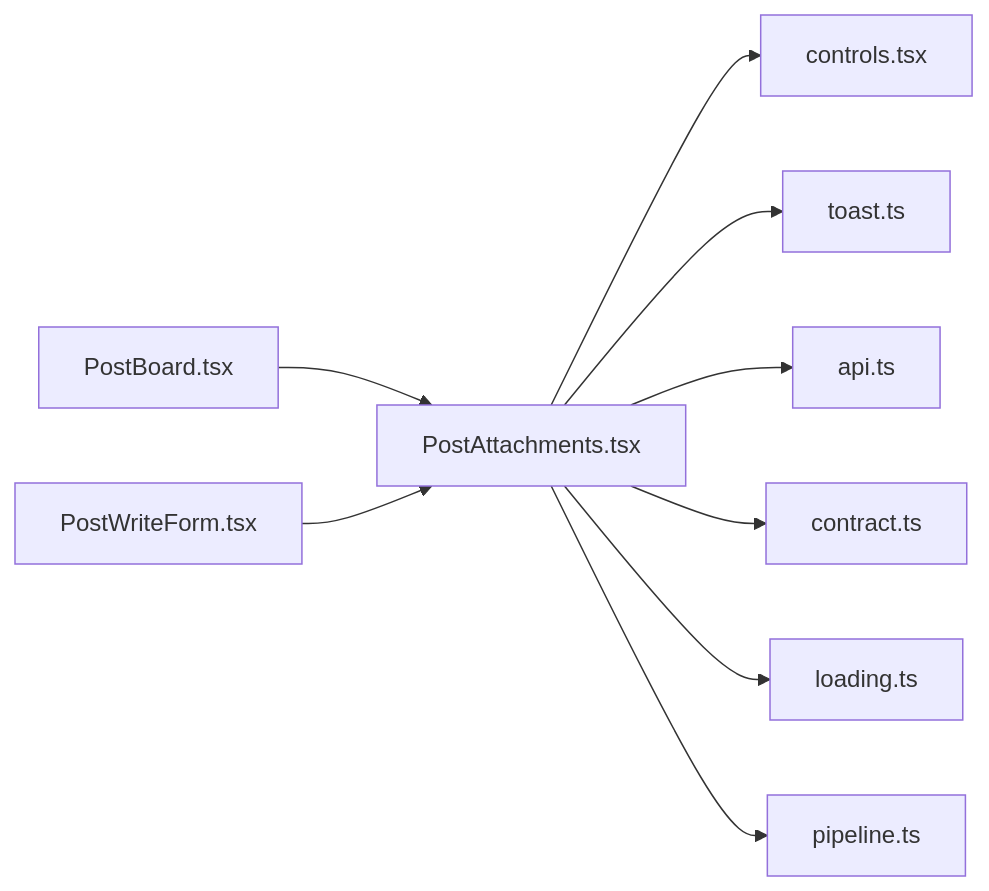
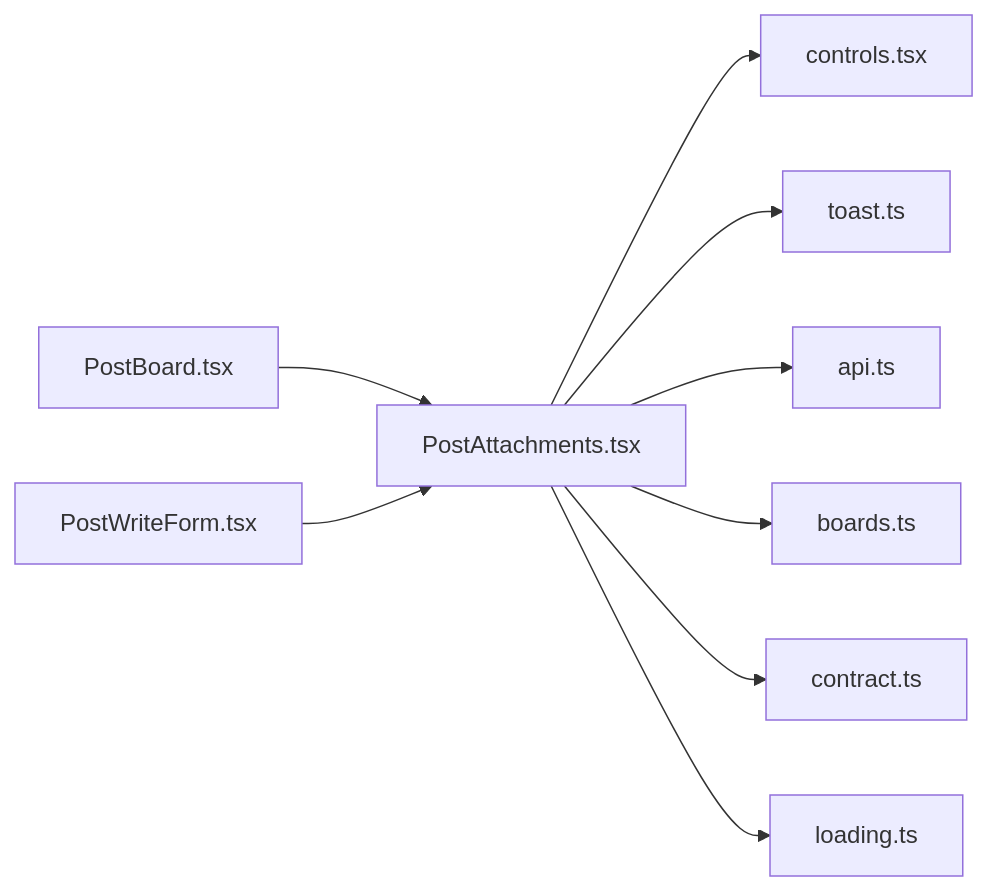
The diagram in .cluedoc/graph/frontend/src/components/PostAttachments.md (minkong-dev/Banblit), drawn with Mermaid before and after one commit. The commit also changed other lines of this file and 56 other files, not shown here.

Commit message:
frontend: import pure lib functions from their own files instead of through pipeline

````diff
--- a/.cluedoc/graph/frontend/src/components/PostAttachments.md
+++ b/.cluedoc/graph/frontend/src/components/PostAttachments.md
@@ -10,12 +10,12 @@
 ```mermaid
 flowchart LR
   frontend_src_components_PostAttachments["PostAttachments.tsx"]
   frontend_src_components_PostAttachments --> frontend_src_components_controls["controls.tsx"]
   frontend_src_components_PostAttachments --> frontend_src_components_toast["toast.ts"]
   frontend_src_components_PostAttachments --> frontend_src_lib_api["api.ts"]
+  frontend_src_components_PostAttachments --> frontend_src_lib_boards["boards.ts"]
   frontend_src_components_PostAttachments --> frontend_src_lib_contract["contract.ts"]
   frontend_src_components_PostAttachments --> frontend_src_lib_loading["loading.ts"]
-  frontend_src_components_PostAttachments --> frontend_src_lib_pipeline["pipeline.ts"]
   frontend_src_components_PostBoard["PostBoard.tsx"] --> frontend_src_components_PostAttachments
   frontend_src_components_PostWriteForm["PostWriteForm.tsx"] --> frontend_src_components_PostAttachments
 ```
````
